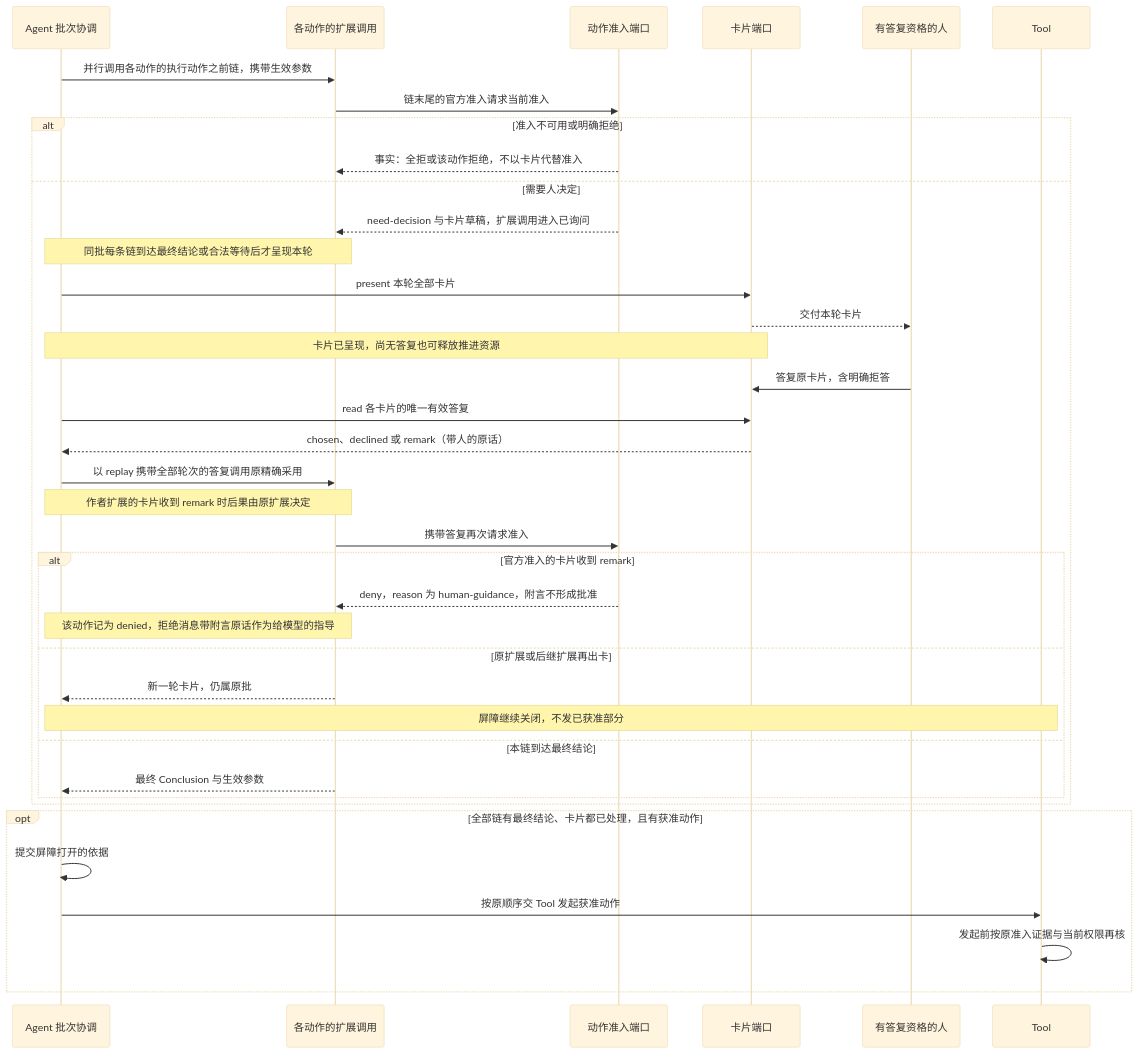
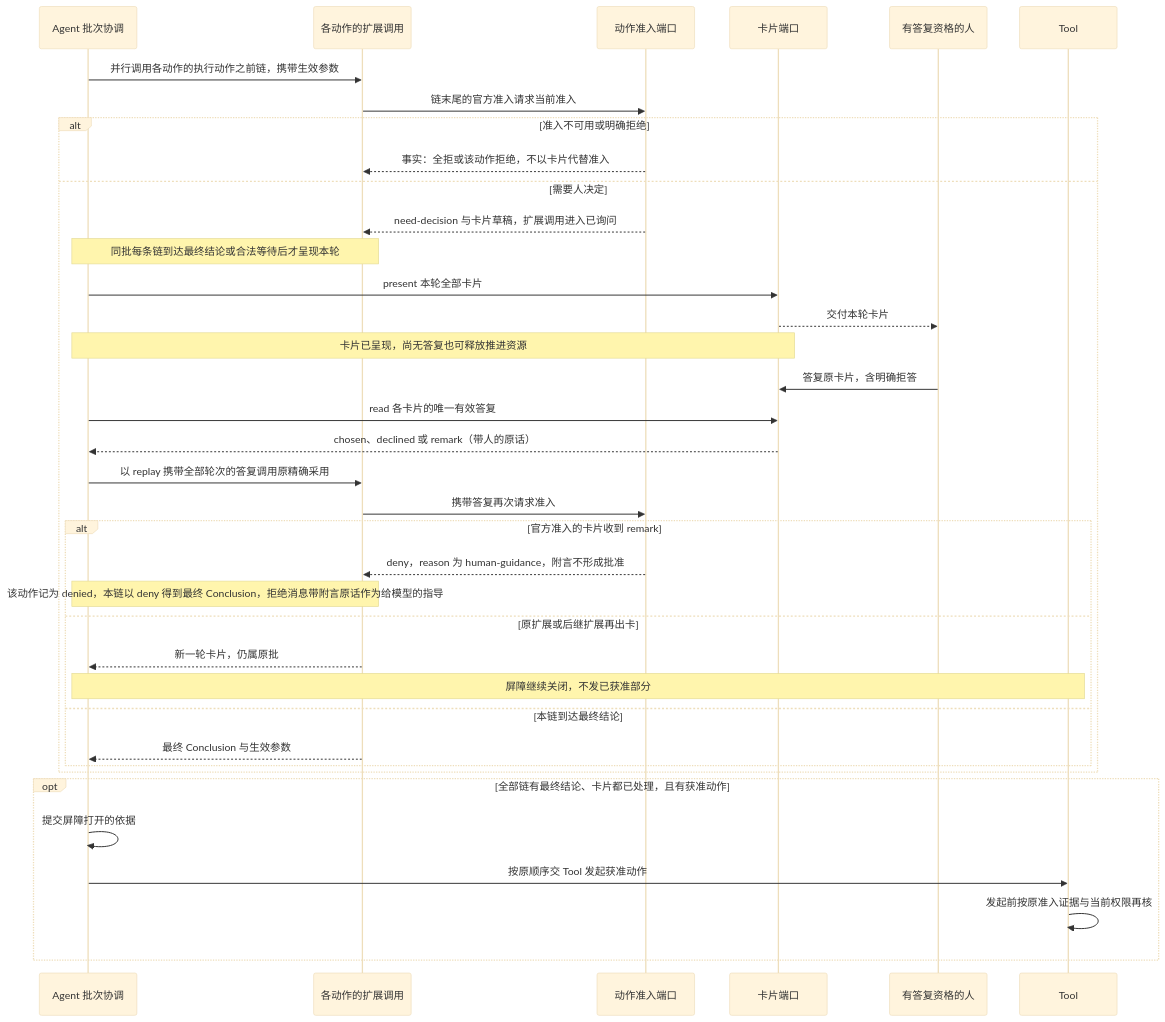
One commit to nemori-ai/omne-harness-lite changed the third of 8 diagrams in packages/agent/agent-contract/docs/flows/scenarios.md. Above: the diagram before and after it, drawn with Mermaid (base theme). The commit also changed other lines of this file and 19 other files, not shown here.

````diff
--- a/packages/agent/agent-contract/docs/flows/scenarios.md
+++ b/packages/agent/agent-contract/docs/flows/scenarios.md
@@ -91,40 +91,39 @@
 ```mermaid
 sequenceDiagram
     participant A as Agent 批次协调
     participant E as 各动作的扩展调用
     participant Z as 动作准入端口
     participant H as 卡片端口
     participant U as 有答复资格的人
     participant T as Tool
     A->>E: 并行调用各动作的执行动作之前链，携带生效参数
     E->>Z: 链末尾的官方准入请求当前准入
     alt 准入不可用或明确拒绝
         Z-->>E: 事实：全拒或该动作拒绝，不以卡片代替准入
     else 需要人决定
         Z-->>E: need-decision 与卡片草稿，扩展调用进入已询问
         Note over A,E: 同批每条链到达最终结论或合法等待后才呈现本轮
         A->>H: present 本轮全部卡片
         H-->>U: 交付本轮卡片
         Note over A,H: 卡片已呈现，尚无答复也可释放推进资源
         U->>H: 答复原卡片，含明确拒答
         A->>H: read 各卡片的唯一有效答复
         H-->>A: chosen、declined 或 remark（带人的原话）
         A->>E: 以 replay 携带全部轮次的答复调用原精确采用
-        Note over A,E: 作者扩展的卡片收到 remark 时后果由原扩展决定
         E->>Z: 携带答复再次请求准入
         alt 官方准入的卡片收到 remark
             Z-->>E: deny，reason 为 human-guidance，附言不形成批准
-            Note over A,E: 该动作记为 denied，拒绝消息带附言原话作为给模型的指导
+            Note over A,E: 该动作记为 denied，本链以 deny 得到最终 Conclusion，拒绝消息带附言原话作为给模型的指导
         else 原扩展或后继扩展再出卡
             E-->>A: 新一轮卡片，仍属原批
             Note over A,T: 屏障继续关闭，不发已获准部分
         else 本链到达最终结论
             E-->>A: 最终 Conclusion 与生效参数
         end
     end
     opt 全部链有最终结论、卡片都已处理，且有获准动作
         A->>A: 提交屏障打开的依据
         A->>T: 按原顺序交 Tool 发起获准动作
         T->>T: 发起前按原准入证据与当前权限再核
     end
 ```
````
